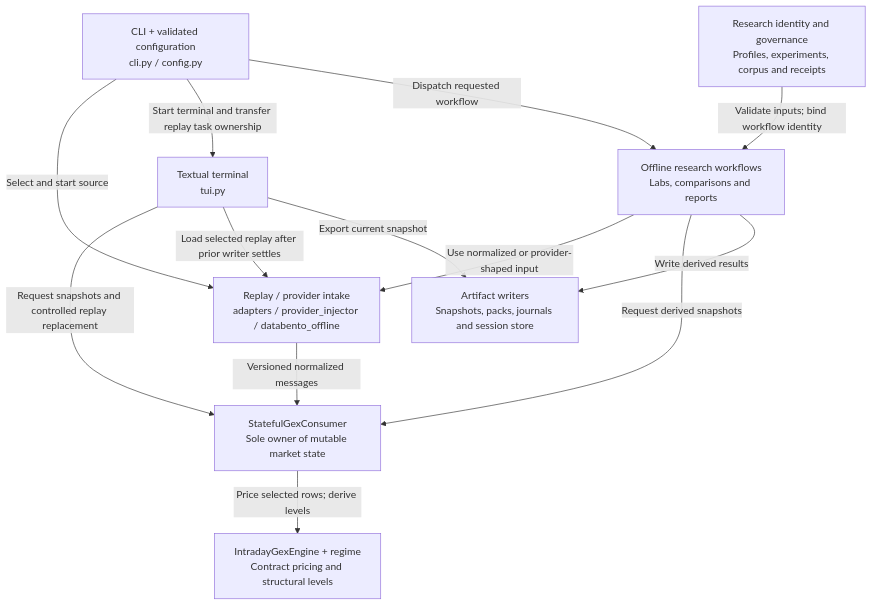
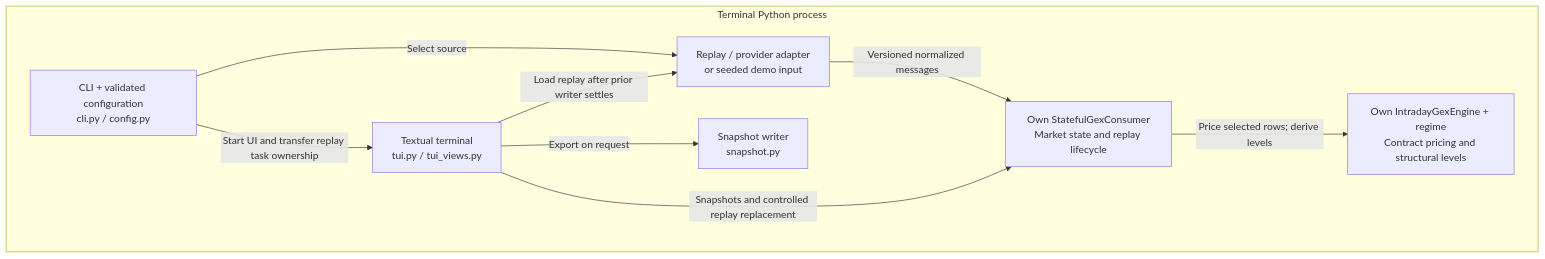
Before and after one commit to zrack/gex-terminal: the third of 4 diagrams in docs/architecture.md, drawn with Mermaid. The commit also changed other lines of this file and 4 other files, not shown here.

````diff
--- a/docs/architecture.md
+++ b/docs/architecture.md
@@ -101,23 +142,18 @@
 ```mermaid
 flowchart TB
-    cli["CLI + validated configuration<br/>cli.py / config.py"]
-    intake["Replay / provider intake<br/>adapters / provider_injector / databento_offline"]
-    consumer["StatefulGexConsumer<br/>Sole owner of mutable market state"]
-    engine["IntradayGexEngine + regime<br/>Contract pricing and structural levels"]
-    tui["Textual terminal<br/>tui.py"]
-    research["Offline research workflows<br/>Labs, comparisons and reports"]
-    identity["Research identity and governance<br/>Profiles, experiments, corpus and receipts"]
-    exports["Artifact writers<br/>Snapshots, packs, journals and session store"]
-    cli -->|Select and start source| intake
-    cli -->|Start terminal and transfer replay task ownership| tui
-    cli -->|Dispatch requested workflow| research
-    intake -->|Versioned normalized messages| consumer
-    consumer -->|Price selected rows; derive levels| engine
-    tui -->|Request snapshots and controlled replay replacement| consumer
-    tui -->|Load selected replay after prior writer settles| intake
-    research -->|Use normalized or provider-shaped input| intake
-    research -->|Request derived snapshots| consumer
-    identity -->|Validate inputs; bind workflow identity| research
-    research -->|Write derived results| exports
-    tui -->|Export current snapshot| exports
+    subgraph terminal["Terminal Python process"]
+        cli["CLI + validated configuration<br/>cli.py / config.py"]
+        intake["Replay / provider adapter<br/>or seeded demo input"]
+        consumer["Own StatefulGexConsumer<br/>Market state and replay lifecycle"]
+        engine["Own IntradayGexEngine + regime<br/>Contract pricing and structural levels"]
+        tui["Textual terminal<br/>tui.py / tui_views.py"]
+        exports["Snapshot writer<br/>snapshot.py"]
+        cli -->|Select source| intake
+        cli -->|Start UI and transfer replay task ownership| tui
+        intake -->|Versioned normalized messages| consumer
+        consumer -->|Price selected rows; derive levels| engine
+        tui -->|Snapshots and controlled replay replacement| consumer
+        tui -->|Load replay after prior writer settles| intake
+        tui -->|Export on request| exports
+    end
 ```
````
